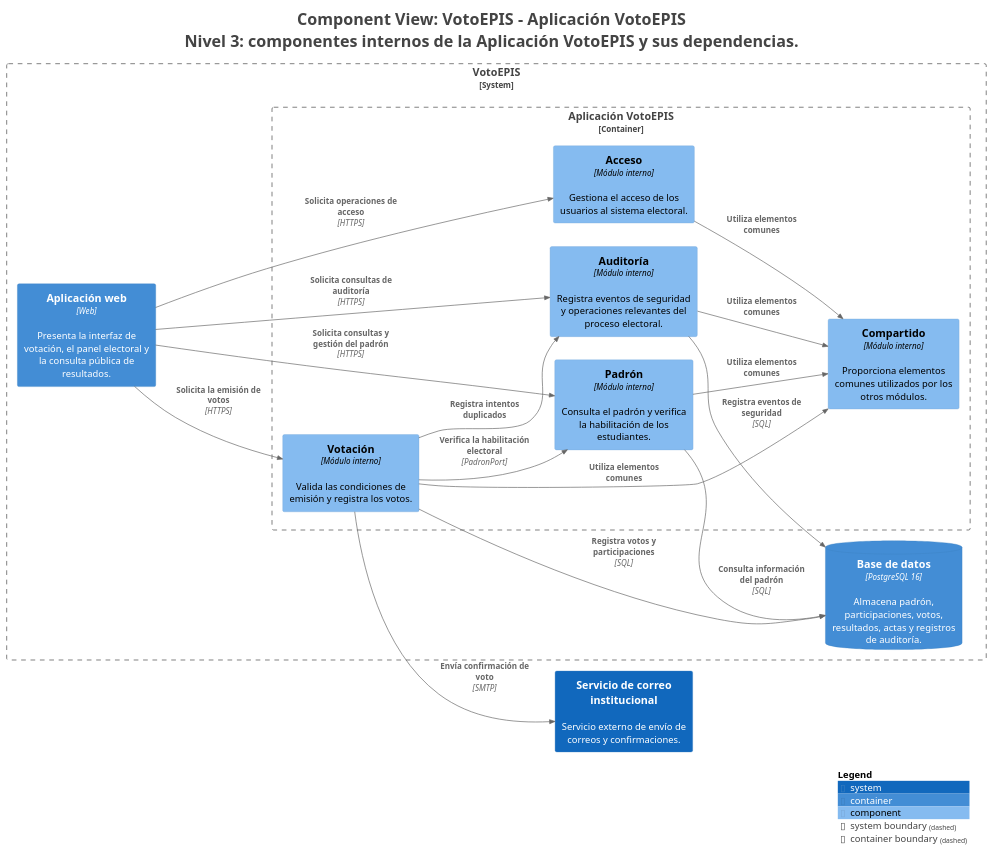
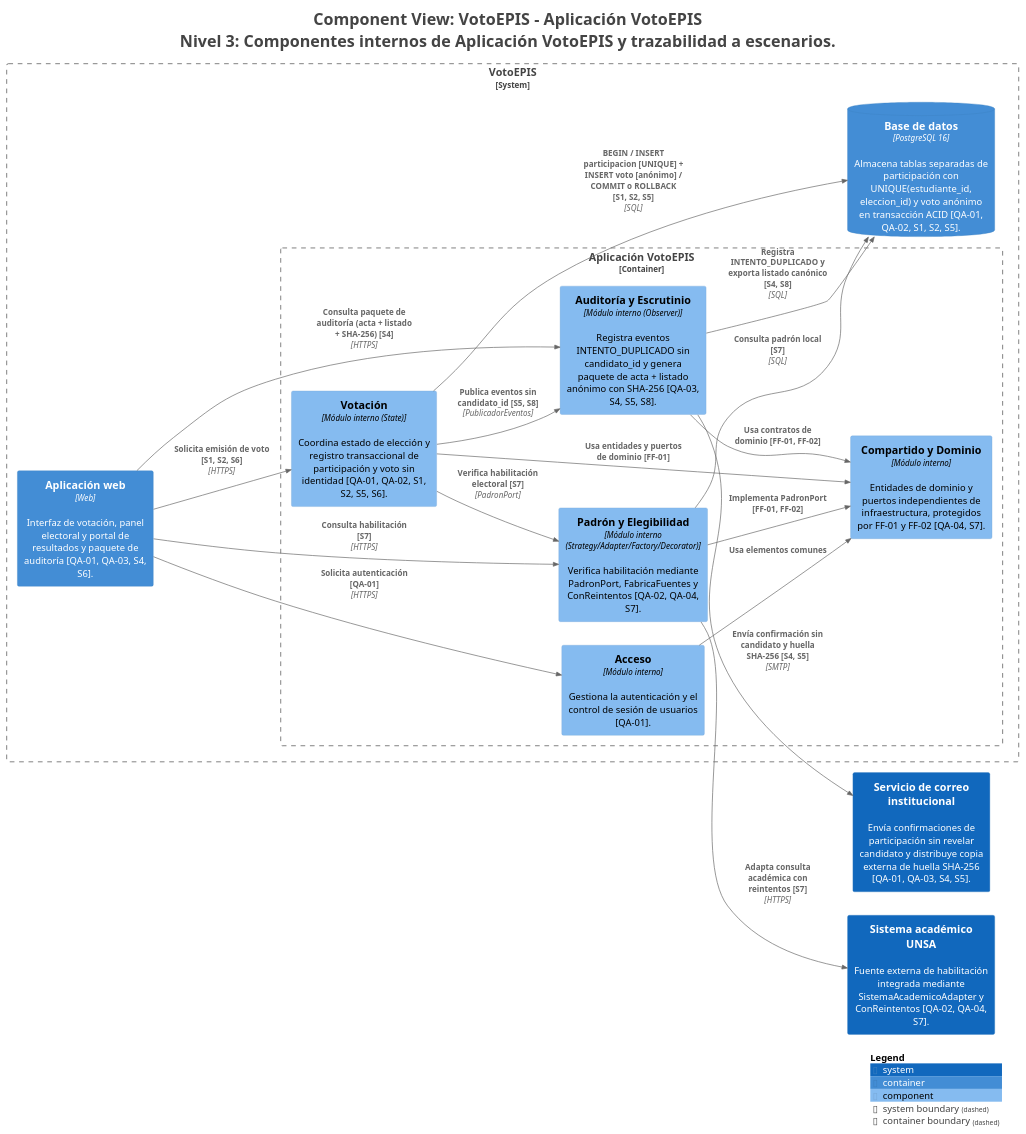
Before and after one commit to JoseMorocco/cs-2026b-lab04-grupo-b-votoepis: the diagram in docs/architecture/c4/export/structurizr-Componentes.puml, drawn with PlantUML. The commit also changed 23 other files, not shown here.

Commit message:
E6: ADR-006 a ADR-008 y modelo C4 actualizado con trazabilidad

```diff
--- a/docs/architecture/c4/export/structurizr-Componentes.puml
+++ b/docs/architecture/c4/export/structurizr-Componentes.puml
@@ -1,51 +1,53 @@
 @startuml
-title <size:24>Component View: VotoEPIS - Aplicación VotoEPIS</size>\n<size:24>Nivel 3: componentes internos de la Aplicación VotoEPIS y sus dependencias.</size>
+title <size:24>Component View: VotoEPIS - Aplicación VotoEPIS</size>\n<size:24>Nivel 3: Componentes internos de Aplicación VotoEPIS y trazabilidad a escenarios.</size>
 
 set separator none
 left to right direction
 
 <style>
   root {
     BackgroundColor: #ffffff
     FontColor: #444444
   }
 </style>
 
 !include <C4/C4>
 !include <C4/C4_Context>
 !include <C4/C4_Container>
 !include <C4/C4_Component>
 
-System(Serviciodecorreoinstitucional, "Servicio de correo institucional", $descr="Servicio externo de envío de correos y confirmaciones.", $tags="", $link="")
+System(Serviciodecorreoinstitucional, "Servicio de correo institucional", $descr="Envía confirmaciones de participación sin revelar candidato y distribuye copia externa de huella SHA-256 [QA-01, QA-03, S4, S5].", $tags="", $link="")
+System(SistemaacadémicoUNSA, "Sistema académico UNSA", $descr="Fuente externa de habilitación integrada mediante SistemaAcademicoAdapter y ConReintentos [QA-02, QA-04, S7].", $tags="", $link="")
 
 System_Boundary("VotoEPIS_boundary", "VotoEPIS", $tags="") {
   Container_Boundary("VotoEPIS.AplicaciónVotoEPIS_boundary", "Aplicación VotoEPIS", $tags="") {
-    Component(VotoEPIS.AplicaciónVotoEPIS.Auditoría, "Auditoría", $techn="Módulo interno", $descr="Registra eventos de seguridad y operaciones relevantes del proceso electoral.", $tags="", $link="")
-    Component(VotoEPIS.AplicaciónVotoEPIS.Compartido, "Compartido", $techn="Módulo interno", $descr="Proporciona elementos comunes utilizados por los otros módulos.", $tags="", $link="")
-    Component(VotoEPIS.AplicaciónVotoEPIS.Acceso, "Acceso", $techn="Módulo interno", $descr="Gestiona el acceso de los usuarios al sistema electoral.", $tags="", $link="")
-    Component(VotoEPIS.AplicaciónVotoEPIS.Padrón, "Padrón", $techn="Módulo interno", $descr="Consulta el padrón y verifica la habilitación de los estudiantes.", $tags="", $link="")
-    Component(VotoEPIS.AplicaciónVotoEPIS.Votación, "Votación", $techn="Módulo interno", $descr="Valida las condiciones de emisión y registra los votos.", $tags="", $link="")
+    Component(VotoEPIS.AplicaciónVotoEPIS.AuditoríayEscrutinio, "Auditoría y Escrutinio", $techn="Módulo interno (Observer)", $descr="Registra eventos INTENTO_DUPLICADO sin candidato_id y genera paquete de acta + listado anónimo con SHA-256 [QA-03, S4, S5, S8].", $tags="", $link="")
+    Component(VotoEPIS.AplicaciónVotoEPIS.CompartidoyDominio, "Compartido y Dominio", $techn="Módulo interno", $descr="Entidades de dominio y puertos independientes de infraestructura, protegidos por FF-01 y FF-02 [QA-04, S7].", $tags="", $link="")
+    Component(VotoEPIS.AplicaciónVotoEPIS.Acceso, "Acceso", $techn="Módulo interno", $descr="Gestiona la autenticación y el control de sesión de usuarios [QA-01].", $tags="", $link="")
+    Component(VotoEPIS.AplicaciónVotoEPIS.PadrónyElegibilidad, "Padrón y Elegibilidad", $techn="Módulo interno (Strategy/Adapter/Factory/Decorator)", $descr="Verifica habilitación mediante PadronPort, FabricaFuentes y ConReintentos [QA-02, QA-04, S7].", $tags="", $link="")
+    Component(VotoEPIS.AplicaciónVotoEPIS.Votación, "Votación", $techn="Módulo interno (State)", $descr="Coordina estado de elección y registro transaccional de participación y voto sin identidad [QA-01, QA-02, S1, S2, S5, S6].", $tags="", $link="")
   }
 
-  ContainerDb(VotoEPIS.Basededatos, "Base de datos", $techn="PostgreSQL 16", $descr="Almacena padrón, participaciones, votos, resultados, actas y registros de auditoría.", $tags="", $link="")
-  Container(VotoEPIS.Aplicaciónweb, "Aplicación web", $techn="Web", $descr="Presenta la interfaz de votación, el panel electoral y la consulta pública de resultados.", $tags="", $link="")
+  ContainerDb(VotoEPIS.Basededatos, "Base de datos", $techn="PostgreSQL 16", $descr="Almacena tablas separadas de participación con UNIQUE(estudiante_id, eleccion_id) y voto anónimo en transacción ACID [QA-01, QA-02, S1, S2, S5].", $tags="", $link="")
+  Container(VotoEPIS.Aplicaciónweb, "Aplicación web", $techn="Web", $descr="Interfaz de votación, panel electoral y portal de resultados y paquete de auditoría [QA-01, QA-03, S4, S6].", $tags="", $link="")
 }
 
-Rel(VotoEPIS.Aplicaciónweb, VotoEPIS.AplicaciónVotoEPIS.Acceso, "Solicita operaciones de acceso", $techn="HTTPS", $tags="", $link="")
-Rel(VotoEPIS.Aplicaciónweb, VotoEPIS.AplicaciónVotoEPIS.Votación, "Solicita la emisión de votos", $techn="HTTPS", $tags="", $link="")
-Rel(VotoEPIS.Aplicaciónweb, VotoEPIS.AplicaciónVotoEPIS.Padrón, "Solicita consultas y gestión del padrón", $techn="HTTPS", $tags="", $link="")
-Rel(VotoEPIS.Aplicaciónweb, VotoEPIS.AplicaciónVotoEPIS.Auditoría, "Solicita consultas de auditoría", $techn="HTTPS", $tags="", $link="")
-Rel(VotoEPIS.AplicaciónVotoEPIS.Votación, VotoEPIS.AplicaciónVotoEPIS.Padrón, "Verifica la habilitación electoral", $techn="PadronPort", $tags="", $link="")
-Rel(VotoEPIS.AplicaciónVotoEPIS.Votación, VotoEPIS.AplicaciónVotoEPIS.Auditoría, "Registra intentos duplicados", $techn="", $tags="", $link="")
-Rel(VotoEPIS.AplicaciónVotoEPIS.Votación, VotoEPIS.AplicaciónVotoEPIS.Compartido, "Utiliza elementos comunes", $techn="", $tags="", $link="")
-Rel(VotoEPIS.AplicaciónVotoEPIS.Padrón, VotoEPIS.AplicaciónVotoEPIS.Compartido, "Utiliza elementos comunes", $techn="", $tags="", $link="")
-Rel(VotoEPIS.AplicaciónVotoEPIS.Auditoría, VotoEPIS.AplicaciónVotoEPIS.Compartido, "Utiliza elementos comunes", $techn="", $tags="", $link="")
-Rel(VotoEPIS.AplicaciónVotoEPIS.Acceso, VotoEPIS.AplicaciónVotoEPIS.Compartido, "Utiliza elementos comunes", $techn="", $tags="", $link="")
-Rel(VotoEPIS.AplicaciónVotoEPIS.Votación, VotoEPIS.Basededatos, "Registra votos y participaciones", $techn="SQL", $tags="", $link="")
-Rel(VotoEPIS.AplicaciónVotoEPIS.Padrón, VotoEPIS.Basededatos, "Consulta información del padrón", $techn="SQL", $tags="", $link="")
-Rel(VotoEPIS.AplicaciónVotoEPIS.Auditoría, VotoEPIS.Basededatos, "Registra eventos de seguridad", $techn="SQL", $tags="", $link="")
-Rel(VotoEPIS.AplicaciónVotoEPIS.Votación, Serviciodecorreoinstitucional, "Envía confirmación de voto", $techn="SMTP", $tags="", $link="")
+Rel(VotoEPIS.Aplicaciónweb, VotoEPIS.AplicaciónVotoEPIS.Acceso, "Solicita autenticación [QA-01]", $techn="HTTPS", $tags="", $link="")
+Rel(VotoEPIS.Aplicaciónweb, VotoEPIS.AplicaciónVotoEPIS.Votación, "Solicita emisión de voto [S1, S2, S6]", $techn="HTTPS", $tags="", $link="")
+Rel(VotoEPIS.Aplicaciónweb, VotoEPIS.AplicaciónVotoEPIS.PadrónyElegibilidad, "Consulta habilitación [S7]", $techn="HTTPS", $tags="", $link="")
+Rel(VotoEPIS.Aplicaciónweb, VotoEPIS.AplicaciónVotoEPIS.AuditoríayEscrutinio, "Consulta paquete de auditoría (acta + listado + SHA-256) [S4]", $techn="HTTPS", $tags="", $link="")
+Rel(VotoEPIS.AplicaciónVotoEPIS.Votación, VotoEPIS.AplicaciónVotoEPIS.PadrónyElegibilidad, "Verifica habilitación electoral [S7]", $techn="PadronPort", $tags="", $link="")
+Rel(VotoEPIS.AplicaciónVotoEPIS.Votación, VotoEPIS.AplicaciónVotoEPIS.AuditoríayEscrutinio, "Publica eventos sin candidato_id [S5, S8]", $techn="PublicadorEventos", $tags="", $link="")
+Rel(VotoEPIS.AplicaciónVotoEPIS.Votación, VotoEPIS.AplicaciónVotoEPIS.CompartidoyDominio, "Usa entidades y puertos de dominio [FF-01]", $techn="", $tags="", $link="")
+Rel(VotoEPIS.AplicaciónVotoEPIS.PadrónyElegibilidad, VotoEPIS.AplicaciónVotoEPIS.CompartidoyDominio, "Implementa PadronPort [FF-01, FF-02]", $techn="", $tags="", $link="")
+Rel(VotoEPIS.AplicaciónVotoEPIS.AuditoríayEscrutinio, VotoEPIS.AplicaciónVotoEPIS.CompartidoyDominio, "Usa contratos de dominio [FF-01, FF-02]", $techn="", $tags="", $link="")
+Rel(VotoEPIS.AplicaciónVotoEPIS.Acceso, VotoEPIS.AplicaciónVotoEPIS.CompartidoyDominio, "Usa elementos comunes", $techn="", $tags="", $link="")
+Rel(VotoEPIS.AplicaciónVotoEPIS.Votación, VotoEPIS.Basededatos, "BEGIN / INSERT participacion [UNIQUE] + INSERT voto [anónimo] / COMMIT o ROLLBACK [S1, S2, S5]", $techn="SQL", $tags="", $link="")
+Rel(VotoEPIS.AplicaciónVotoEPIS.PadrónyElegibilidad, VotoEPIS.Basededatos, "Consulta padrón local [S7]", $techn="SQL", $tags="", $link="")
+Rel(VotoEPIS.AplicaciónVotoEPIS.PadrónyElegibilidad, SistemaacadémicoUNSA, "Adapta consulta académica con reintentos [S7]", $techn="HTTPS", $tags="", $link="")
+Rel(VotoEPIS.AplicaciónVotoEPIS.AuditoríayEscrutinio, VotoEPIS.Basededatos, "Registra INTENTO_DUPLICADO y exporta listado canónico [S4, S8]", $techn="SQL", $tags="", $link="")
+Rel(VotoEPIS.AplicaciónVotoEPIS.AuditoríayEscrutinio, Serviciodecorreoinstitucional, "Envía confirmación sin candidato y huella SHA-256 [S4, S5]", $techn="SMTP", $tags="", $link="")
 
 SHOW_LEGEND(true)
 hide stereotypes
 @enduml
```
